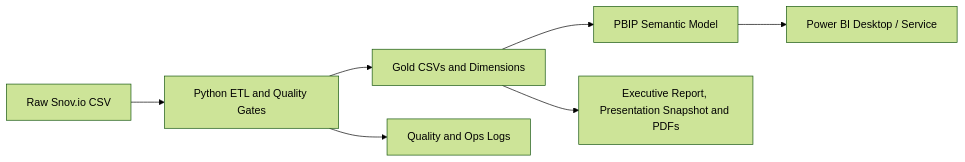
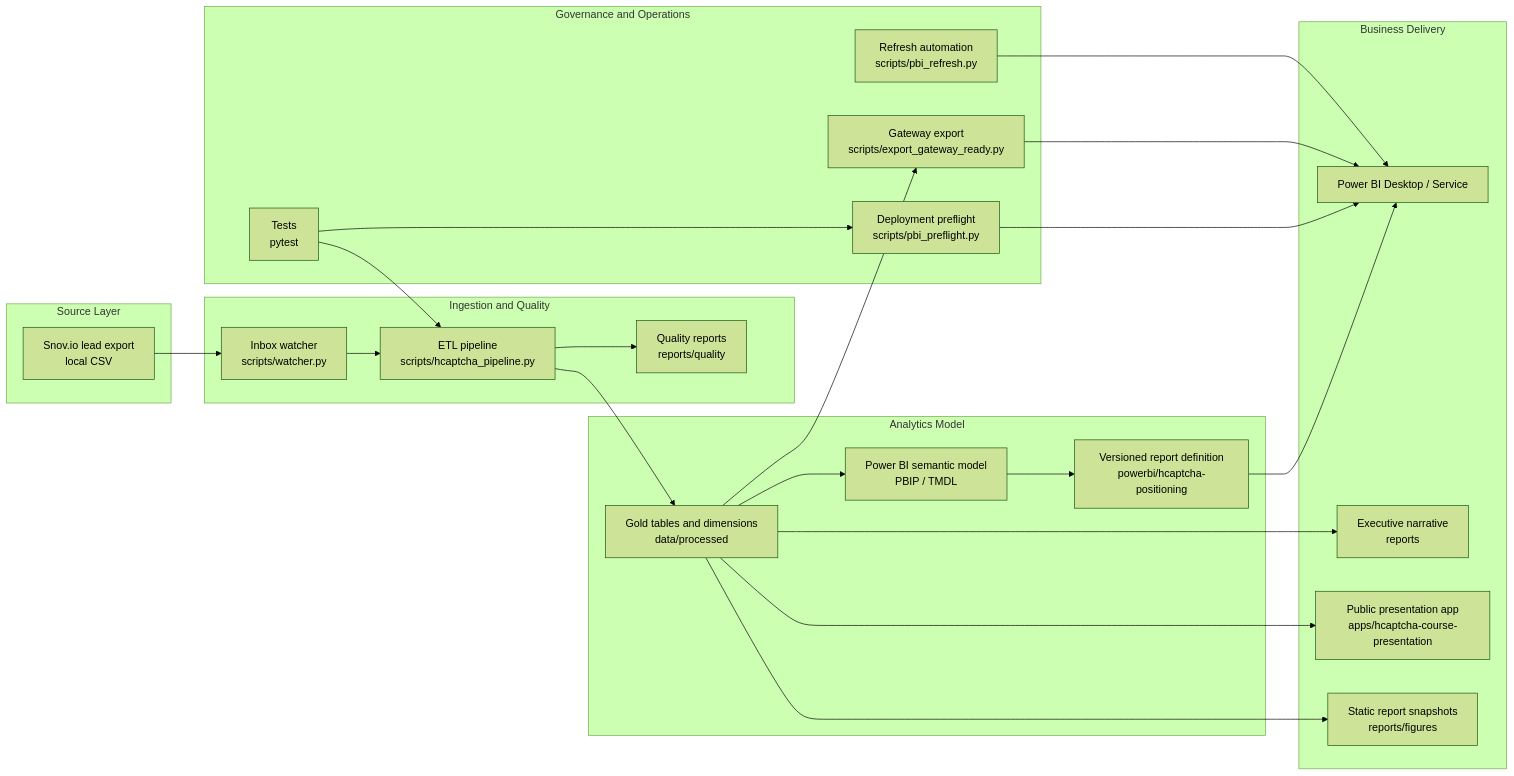
One commit to lucasguldem/isabellysto-prepara-portugal changed the diagram in README.md. Above: the diagram before and after it, drawn with Mermaid (forest theme). The commit also changed other lines of this file and 1 other file, not shown here.

Commit message:
docs: improve GitHub readme visuals

````diff
--- a/README.md
+++ b/README.md
@@ -17,9 +17,45 @@
 ```mermaid
 flowchart LR
-    A[Raw Snov.io CSV] --> B[Python ETL and Quality Gates]
-    B --> C[Gold CSVs and Dimensions]
-    C --> D[PBIP Semantic Model]
-    D --> E[Power BI Desktop / Service]
-    B --> F[Quality and Ops Logs]
-    C --> G[Executive Report, Presentation Snapshot and PDFs]
+    subgraph Source["Source Layer"]
+        A[Snov.io lead export<br/>local CSV]
+    end
+
+    subgraph Ingestion["Ingestion and Quality"]
+        B[Inbox watcher<br/>scripts/watcher.py]
+        C[ETL pipeline<br/>scripts/hcaptcha_pipeline.py]
+        D[Quality reports<br/>reports/quality]
+    end
+
+    subgraph Model["Analytics Model"]
+        E[Gold tables and dimensions<br/>data/processed]
+        F[Power BI semantic model<br/>PBIP / TMDL]
+        G[Versioned report definition<br/>powerbi/hcaptcha-positioning]
+    end
+
+    subgraph Delivery["Business Delivery"]
+        H[Power BI Desktop / Service]
+        I[Executive narrative<br/>reports]
+        J[Public presentation app<br/>apps/hcaptcha-course-presentation]
+        K[Static report snapshots<br/>reports/figures]
+    end
+
+    subgraph Ops["Governance and Operations"]
+        L[Deployment preflight<br/>scripts/pbi_preflight.py]
+        M[Gateway export<br/>scripts/export_gateway_ready.py]
+        N[Refresh automation<br/>scripts/pbi_refresh.py]
+        O[Tests<br/>pytest]
+    end
+
+    A --> B --> C
+    C --> D
+    C --> E --> F --> G --> H
+    E --> I
+    E --> J
+    E --> K
+    E --> M
+    L --> H
+    M --> H
+    N --> H
+    O --> C
+    O --> L
 ```
````
